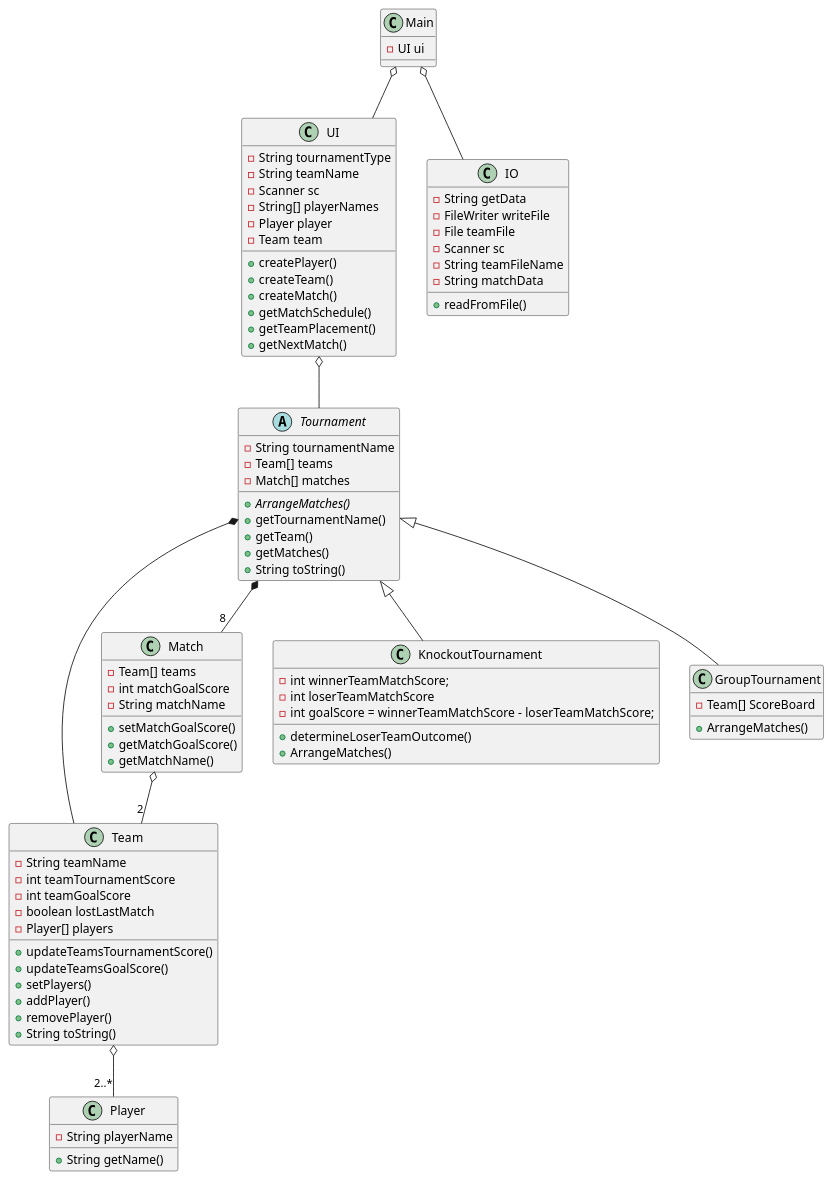
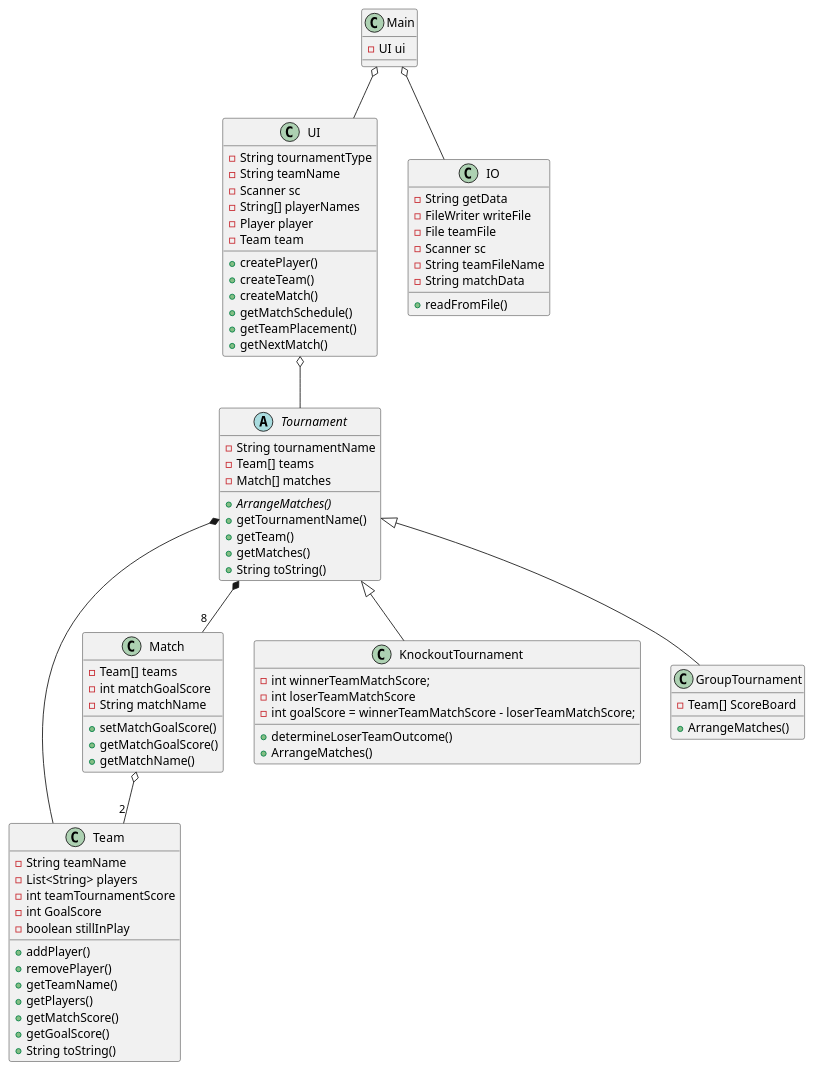
Before and after one commit to DeRp-DaWg/SP3: the diagram in doc/Class.puml, drawn with PlantUML. The commit also changed 1 other file, not shown here.

```diff
--- a/doc/Class.puml
+++ b/doc/Class.puml
@@ -1,95 +1,90 @@
 @startuml
 'https://plantuml.com/class-diagram
 
 class Main{
 -UI ui
 }
 
-class Player {
--String playerName
-+String getName()
-}
 
 class Team {
 -String teamName
+-List<String> players
 -int teamTournamentScore
--int teamGoalScore
--boolean lostLastMatch
--Player[] players
-+updateTeamsTournamentScore()
-+updateTeamsGoalScore()
-+setPlayers()
+-int GoalScore
+-boolean stillInPlay
 +addPlayer()
 +removePlayer()
++getTeamName()
++getPlayers()
++getMatchScore()
++getGoalScore()
 +String toString()
 }
 
 class Match{
 -Team[] teams
 -int matchGoalScore
 -String matchName
-
 +setMatchGoalScore()
 +getMatchGoalScore()
 +getMatchName()
 }
 
 abstract Tournament {
 -String tournamentName
 -Team[] teams
 -Match[] matches
 +{abstract}ArrangeMatches()
 +getTournamentName()
 +getTeam()
 +getMatches()
 +String toString()
 }
 
 class KnockoutTournament{
 -int winnerTeamMatchScore;
 -int loserTeamMatchScore
 -int goalScore = winnerTeamMatchScore - loserTeamMatchScore;
 +determineLoserTeamOutcome()
 +ArrangeMatches()
 }
 
 class GroupTournament{
 -Team[] ScoreBoard
 +ArrangeMatches()
 }
 
 class UI {
 -String tournamentType
 -String teamName
 -Scanner sc
 -String[] playerNames
 -Player player
 -Team team
 +createPlayer()
 +createTeam()
 +createMatch()
 +getMatchSchedule()
 +getTeamPlacement()
 +getNextMatch()
 }
 
 class IO {
 -String getData
 -FileWriter writeFile
 -File teamFile
 -Scanner sc
 -String teamFileName
 -String matchData
 +readFromFile()
 }
 
 UI o-- Tournament
 Main o-- IO
 Tournament *-- "8" Match
 Tournament *-- Team
 Match o-- "2" Team
-Team o-- "2..*" Player
 Tournament <|-- KnockoutTournament
 Tournament <|-- GroupTournament
 Main o-- UI
 @enduml
```
